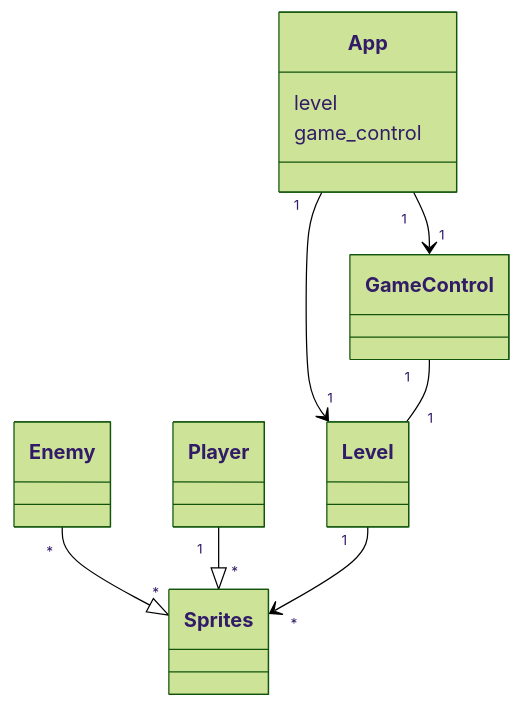
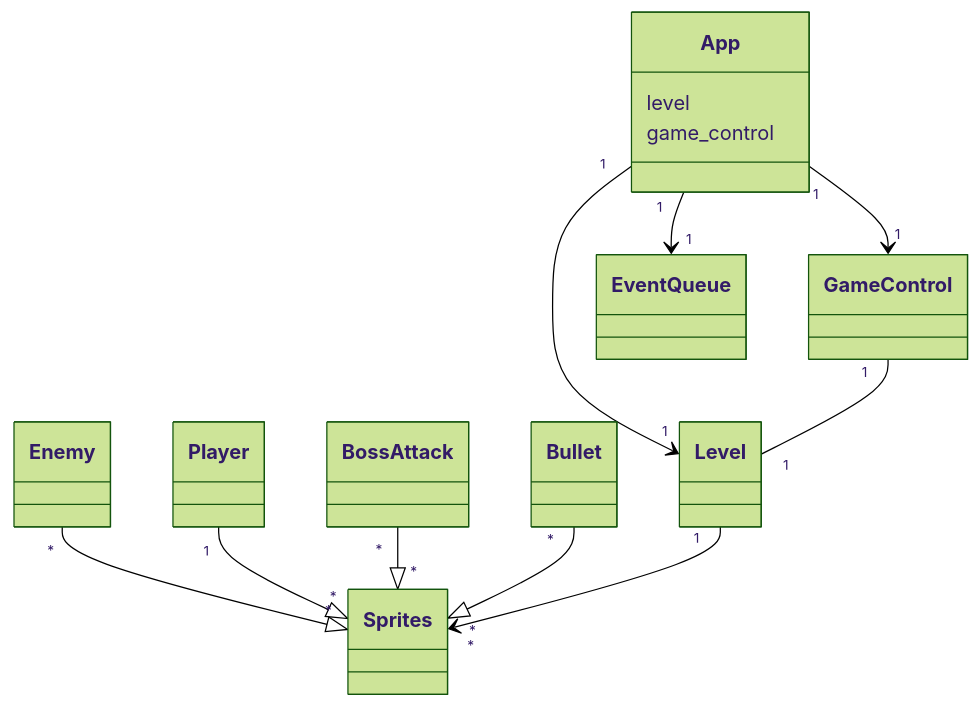
One commit to erz64/ot-harjoitustyo changed the first of 2 diagrams in dokumentaatio/arkkitehtuuri.md. Above: the diagram before and after it, drawn with Mermaid (forest theme).

````diff
--- a/dokumentaatio/arkkitehtuuri.md
+++ b/dokumentaatio/arkkitehtuuri.md
@@ -3,28 +3,42 @@
 ```mermaid
     classDiagram
         App "1" --> "1" GameControl
+        App "1" --> "1" EventQueue
         App "1" --> "1" Level
         GameControl "1" -- "1" Level
         Enemy "*" --|> "*" Sprites
         Player "1" --|> "*" Sprites
+        BossAttack "*" --|> "*" Sprites
+        Bullet "*" --|> "*" Sprites
+        
         Level "1" --> "*" Sprites
         class App{
             level
             game_control
         }
         class GameControl{
 
         }
         class Level{
 
         }
         class Sprites{
 
         }
         class Enemy{
 
         }
         class Player{
             
         }
+        class BossAttack{
+        
+        }
+        class Bullet{
+        
+        }
+        class EventQueue{
+        
+        }
+        
 ```
````
